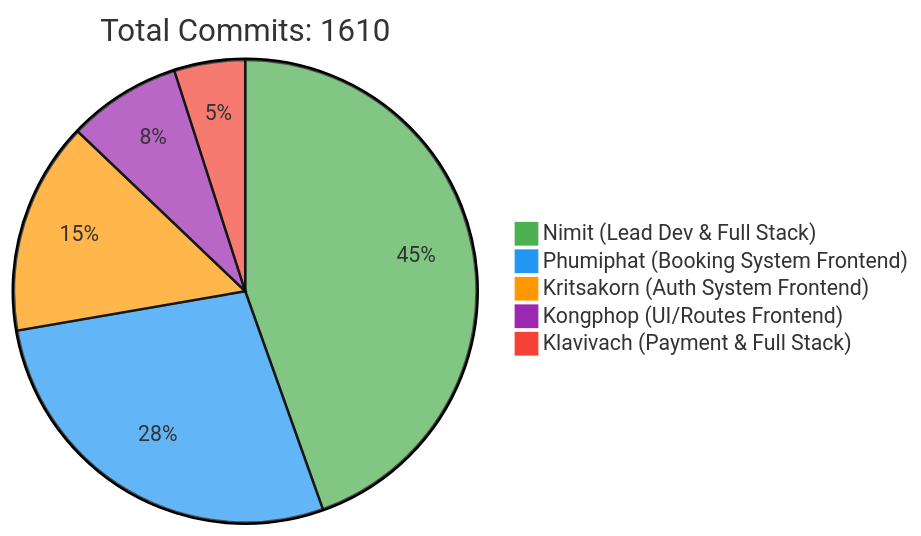
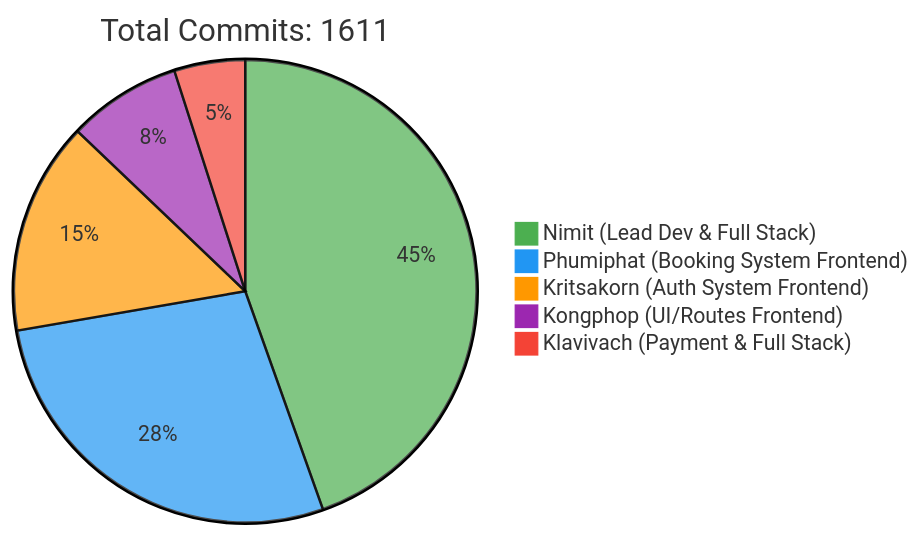
The first of 2 diagrams in README.md (6531503042/Sport-Complex), drawn with Mermaid before and after one commit. The commit also changed other lines of this file, not shown here.

Commit message:
docs: Update contributor statistics [skip ci]

````diff
--- a/README.md
+++ b/README.md
@@ -257,10 +257,10 @@
 ```mermaid
 %%{init: {'theme': 'base', 'themeVariables': { 'pie1': '#4CAF50', 'pie2': '#2196F3', 'pie3': '#FF9800', 'pie4': '#9C27B0', 'pie5': '#F44336'}}}%%
 pie
-    title Total Commits: 1610
+    title Total Commits: 1611
     "Nimit (Lead Dev & Full Stack)" : 450
     "Phumiphat (Booking System Frontend)" : 280
     "Kritsakorn (Auth System Frontend)" : 150
     "Kongphop (UI/Routes Frontend)" : 80
     "Klavivach (Payment & Full Stack)" : 50
 ```
````
